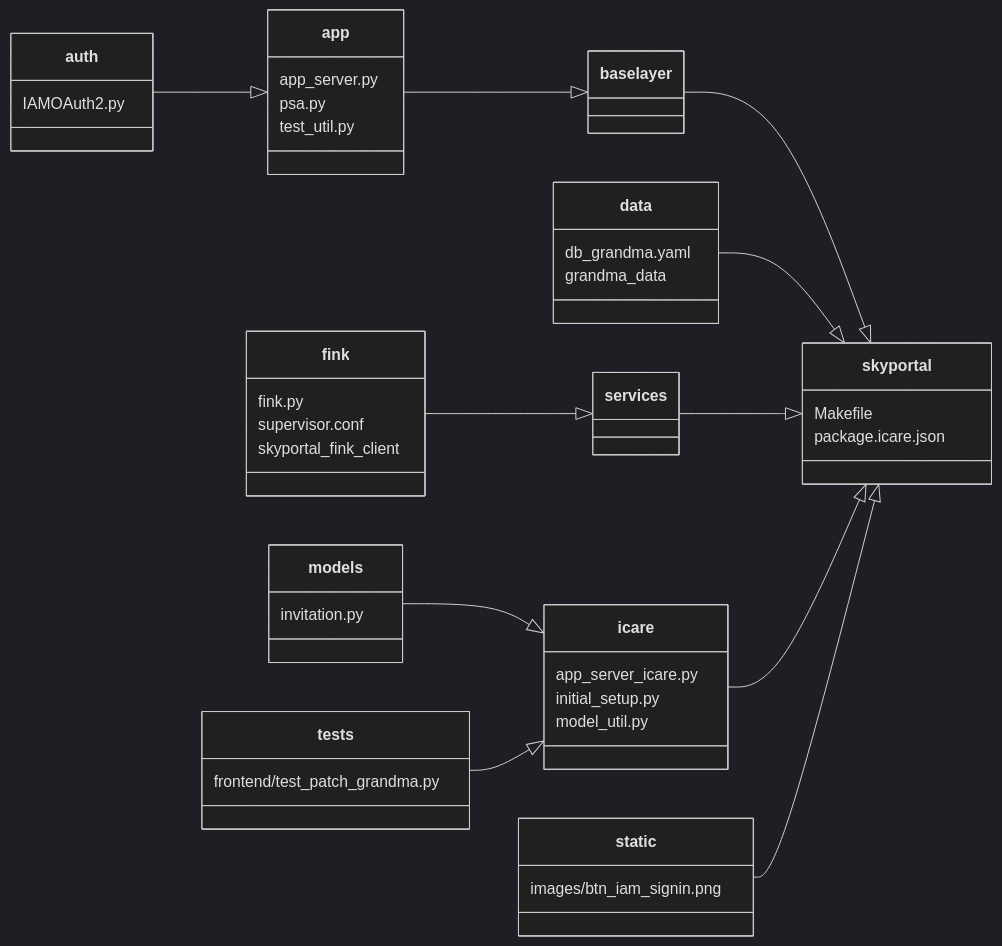
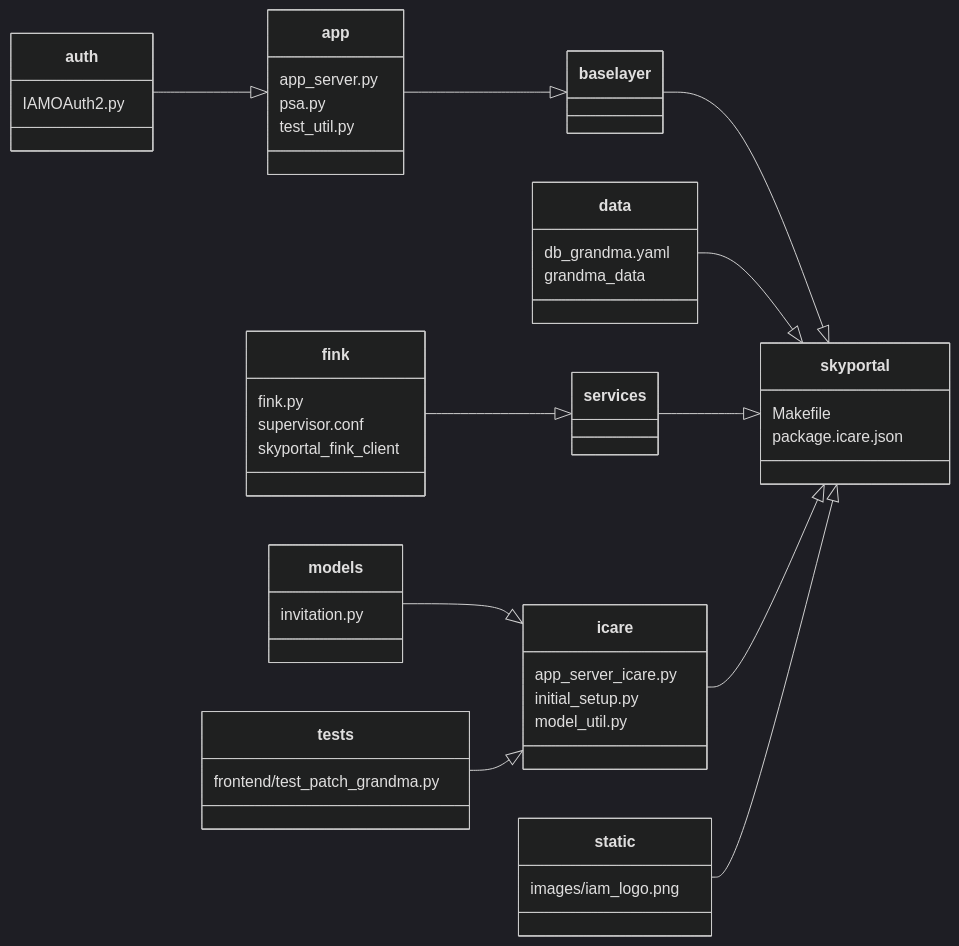
Before and after one commit to grandma-collaboration/icare: the second of 6 diagrams in docs/dev_guide/architecture.md, drawn with Mermaid (dark theme). The commit also changed other lines of this file and 5 other files, not shown here.

````diff
--- a/docs/dev_guide/architecture.md
+++ b/docs/dev_guide/architecture.md
@@ -23,38 +23,38 @@
 ``` mermaid
 classDiagram
     direction LR
     app --|> baselayer
     app : app_server.py
     app : psa.py
     app : test_util.py
     auth --|> app
     auth : IAMOAuth2.py
 
     baselayer --|> skyportal
 
     data --|> skyportal
     data : db_grandma.yaml
     data : grandma_data
 
     services --|> skyportal
     fink --|> services
     fink : fink.py
     fink : supervisor.conf
     fink : skyportal_fink_client
 
     icare --|> skyportal
     icare : app_server_icare.py
     icare : initial_setup.py
     icare : model_util.py
 
     models --|> icare
     models : invitation.py
     tests --|> icare
     tests : frontend/test_patch_grandma.py
 
     static --|> skyportal
-    static : images/btn_iam_signin.png
+    static : images/iam_logo.png
 
     skyportal : Makefile
     skyportal : package.icare.json
 ```
````
